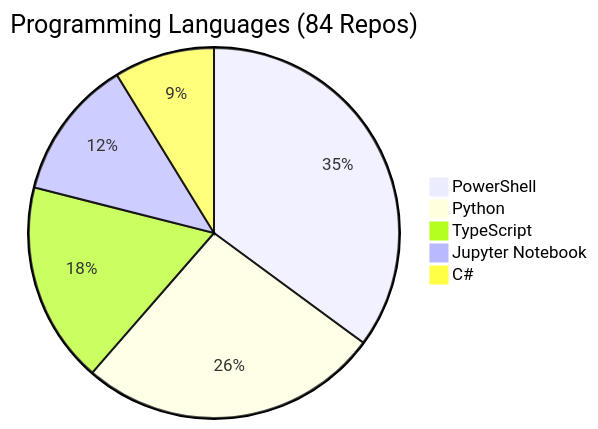
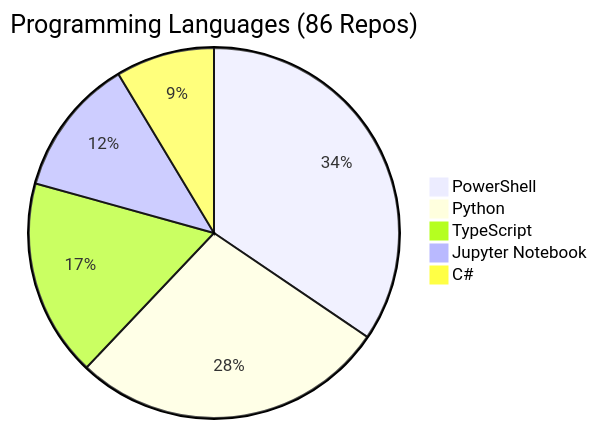
Before and after one commit to fabioc-aloha/fabioc-aloha: the diagram in REPOS.md, drawn with Mermaid. The commit also changed other lines of this file and 1 other file, not shown here.

````diff
--- a/REPOS.md
+++ b/REPOS.md
@@ -127,8 +129,8 @@
 ```mermaid
-pie title Programming Languages (84 Repos)
+pie title Programming Languages (86 Repos)
     "PowerShell" : 20
-    "Python" : 15
+    "Python" : 16
     "TypeScript" : 10
     "Jupyter Notebook" : 7
     "C#" : 5
 ```
````
